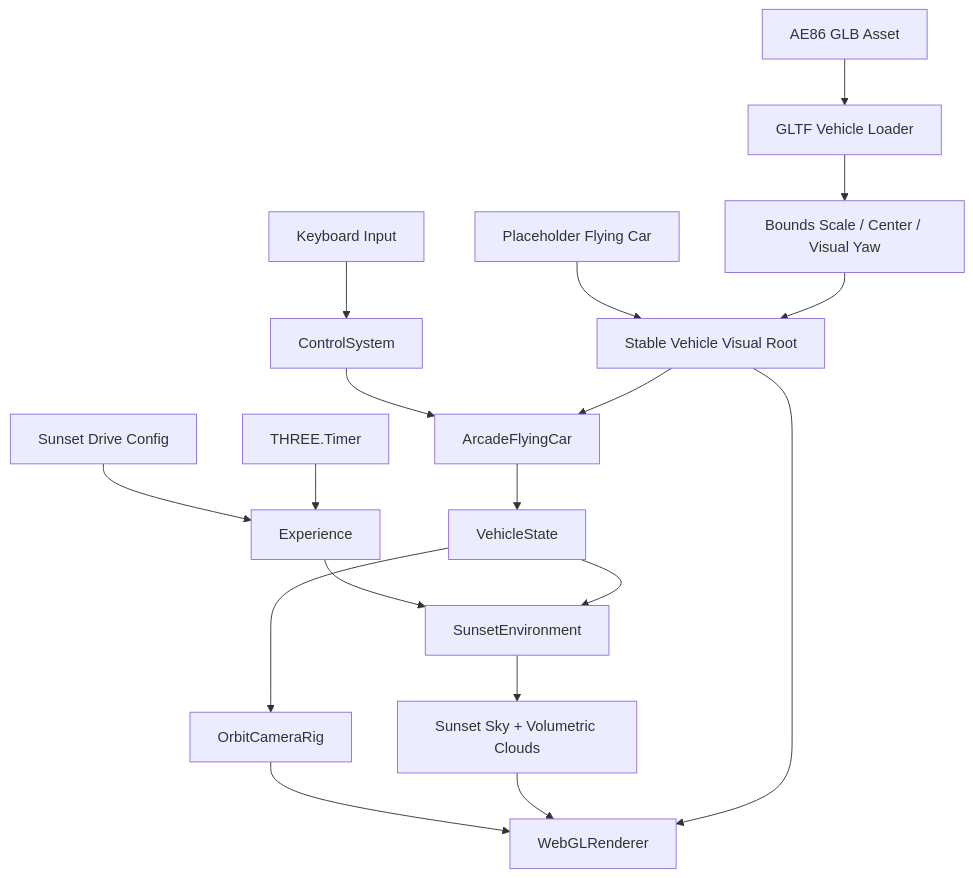
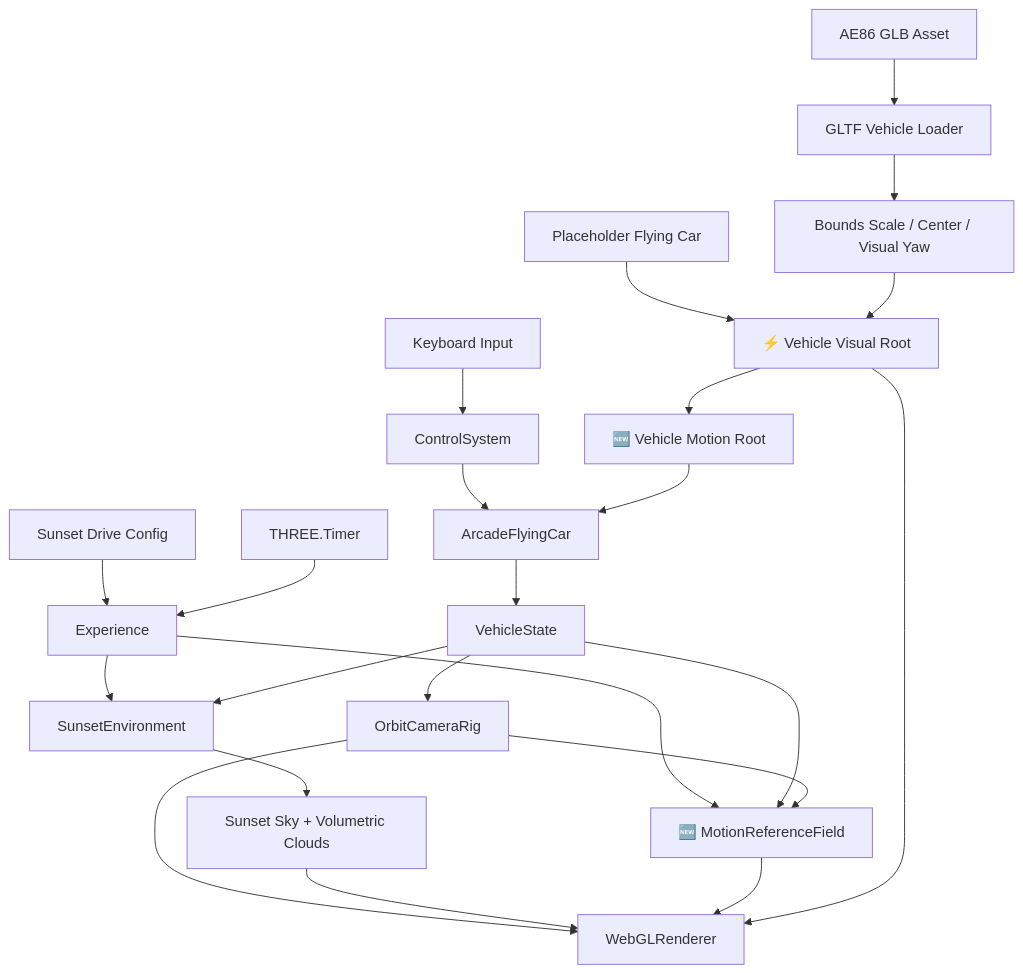
The first of 2 diagrams in docs/architecture/sunset-drive/README.md (64n-goxutech/shader-roam), drawn with Mermaid before and after one commit. The commit also changed other lines of this file and 14 other files, not shown here.

````diff
--- a/docs/architecture/sunset-drive/README.md
+++ b/docs/architecture/sunset-drive/README.md
@@ -5,23 +5,28 @@
 ```mermaid
 graph TB
     %% 🆕 新增  ⚡ 修改
     Config[Sunset Drive Config] --> Experience[Experience]
     Input[Keyboard Input] --> Controls[ControlSystem]
     Controls --> FlyingCar[ArcadeFlyingCar]
     FlyingCar --> VehicleState[VehicleState]
 
     ModelAsset[AE86 GLB Asset] --> Loader[GLTF Vehicle Loader]
     Loader --> Normalizer[Bounds Scale / Center / Visual Yaw]
-    Fallback[Placeholder Flying Car] --> VisualRoot[Stable Vehicle Visual Root]
+    Fallback[Placeholder Flying Car] --> VisualRoot[⚡ Vehicle Visual Root]
     Normalizer --> VisualRoot
-    VisualRoot --> FlyingCar
+    VisualRoot --> MotionRoot[🆕 Vehicle Motion Root]
+    MotionRoot --> FlyingCar
 
     Experience --> SunsetEnvironment[SunsetEnvironment]
+    Experience --> MotionReferences[🆕 MotionReferenceField]
     Timer[THREE.Timer] --> Experience
     SunsetEnvironment --> SunsetShader[Sunset Sky + Volumetric Clouds]
     VehicleState --> Camera[OrbitCameraRig]
     VehicleState --> SunsetEnvironment
+    VehicleState --> MotionReferences
+    Camera --> MotionReferences
     Camera --> Renderer[WebGLRenderer]
     SunsetShader --> Renderer
+    MotionReferences --> Renderer
     VisualRoot --> Renderer
 ```
````
